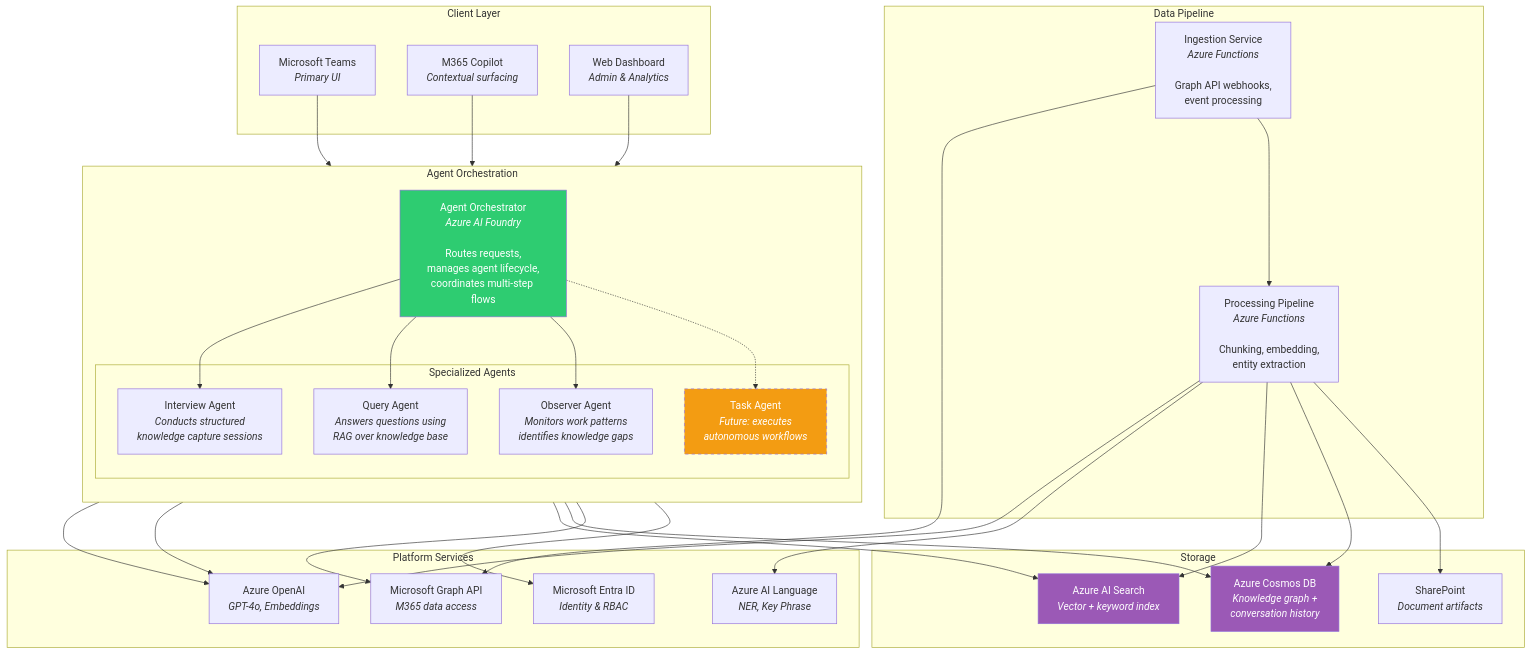
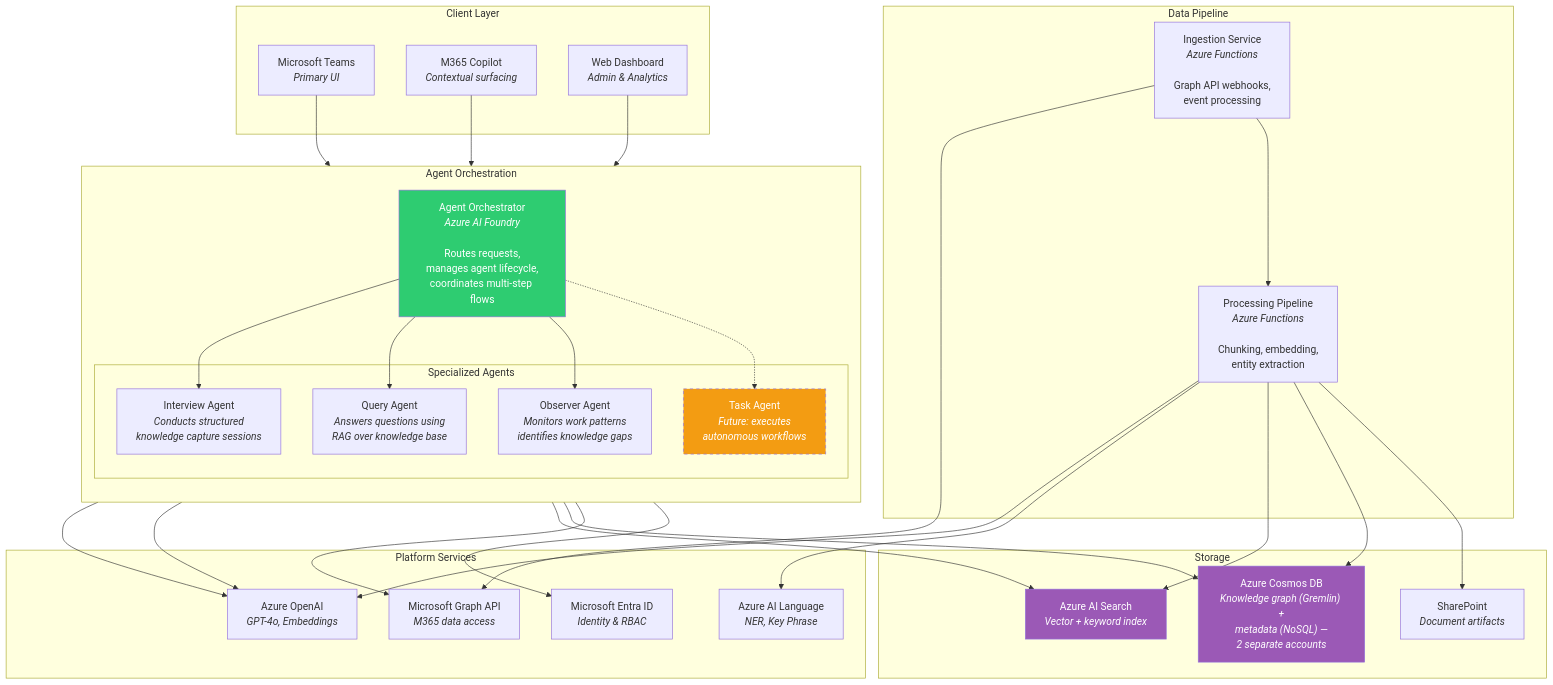
Before and after one commit to jnscnn/knowledge-transfer-agent: the second of 7 diagrams in docs/architecture-overview.md, drawn with Mermaid. The commit also changed other lines of this file and 10 other files, not shown here.

First line of the commit message:
fix: resolve 10 feasibility issues identified in architecture review

````diff
--- a/docs/architecture-overview.md
+++ b/docs/architecture-overview.md
@@ -37,68 +37,68 @@
 ```mermaid
 graph TB
     subgraph "Client Layer"
         TEAMS["Microsoft Teams<br/><i>Primary UI</i>"]
         M365C["M365 Copilot<br/><i>Contextual surfacing</i>"]
         WEB["Web Dashboard<br/><i>Admin & Analytics</i>"]
     end
 
     subgraph "Agent Orchestration" 
         direction TB
         ORCH["Agent Orchestrator<br/><i>Azure AI Foundry</i><br/><br/>Routes requests,<br/>manages agent lifecycle,<br/>coordinates multi-step flows"]
         
         subgraph "Specialized Agents"
             INT_A["Interview Agent<br/><i>Conducts structured<br/>knowledge capture sessions</i>"]
             QUERY_A["Query Agent<br/><i>Answers questions using<br/>RAG over knowledge base</i>"]
             OBS_A["Observer Agent<br/><i>Monitors work patterns<br/>identifies knowledge gaps</i>"]
             TASK_A["Task Agent<br/><i>Future: executes<br/>autonomous workflows</i>"]
         end
     end
 
     subgraph "Data Pipeline"
         INGEST["Ingestion Service<br/><i>Azure Functions</i><br/><br/>Graph API webhooks,<br/>event processing"]
         PROCESS["Processing Pipeline<br/><i>Azure Functions</i><br/><br/>Chunking, embedding,<br/>entity extraction"]
     end
 
     subgraph "Storage"
         SEARCH["Azure AI Search<br/><i>Vector + keyword index</i>"]
-        COSMOS["Azure Cosmos DB<br/><i>Knowledge graph +<br/>conversation history</i>"]
+        COSMOS["Azure Cosmos DB<br/><i>Knowledge graph (Gremlin) +<br/>metadata (NoSQL) —<br/>2 separate accounts</i>"]
         SP["SharePoint<br/><i>Document artifacts</i>"]
     end
 
     subgraph "Platform Services"
         AOAI["Azure OpenAI<br/><i>GPT-4o, Embeddings</i>"]
         LANG["Azure AI Language<br/><i>NER, Key Phrase</i>"]
         GRAPH["Microsoft Graph API<br/><i>M365 data access</i>"]
         ENTRA["Microsoft Entra ID<br/><i>Identity & RBAC</i>"]
     end
 
     TEAMS --> ORCH
     M365C --> ORCH
     WEB --> ORCH
 
     ORCH --> INT_A
     ORCH --> QUERY_A
     ORCH --> OBS_A
     ORCH -.-> TASK_A
 
     INT_A --> AOAI
     QUERY_A --> AOAI
     QUERY_A --> SEARCH
     QUERY_A --> COSMOS
     OBS_A --> GRAPH
 
     INGEST --> GRAPH
     INGEST --> PROCESS
     PROCESS --> AOAI
     PROCESS --> LANG
     PROCESS --> SEARCH
     PROCESS --> COSMOS
     PROCESS --> SP
 
     ORCH --> ENTRA
 
     style ORCH fill:#2ECC71,color:#fff
     style TASK_A fill:#F39C12,color:#fff,stroke-dasharray: 5 5
     style SEARCH fill:#9B59B6,color:#fff
     style COSMOS fill:#9B59B6,color:#fff
 ```
````
